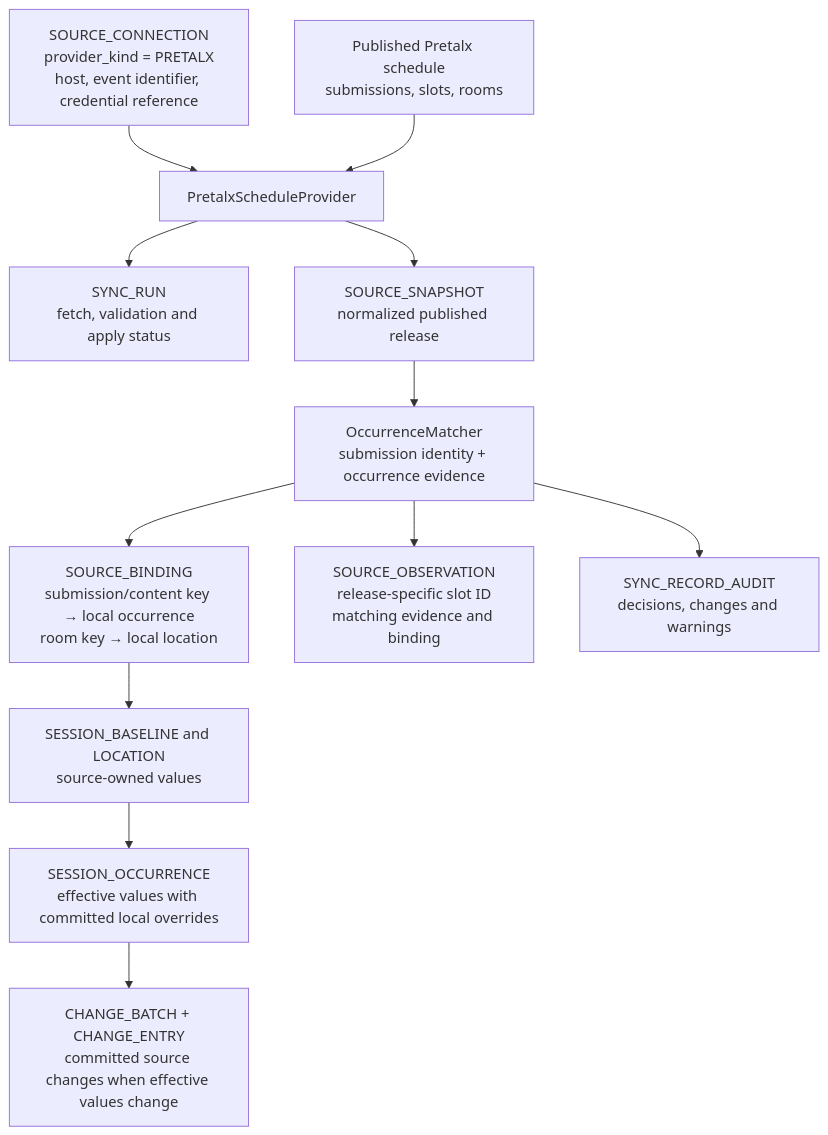
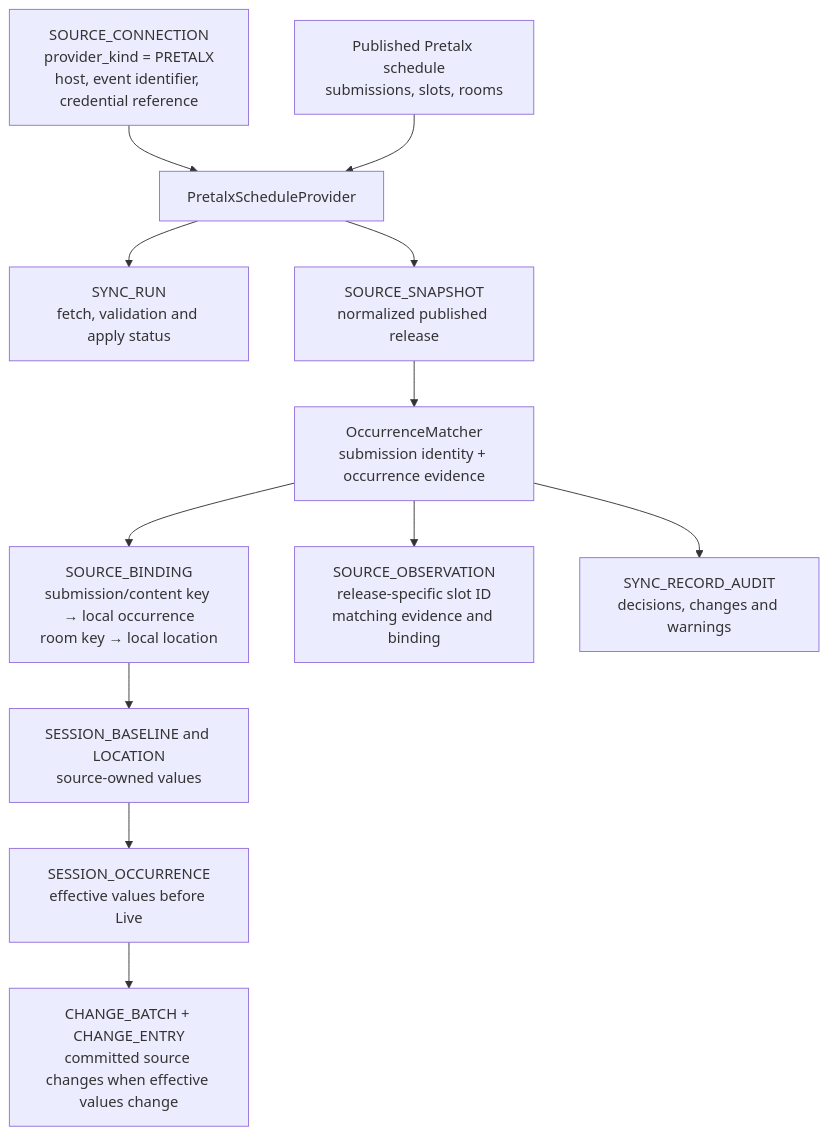
One commit to PatrickZdarsky/ConRunner changed the third of 6 diagrams in docs/schedulecontrol-phase1-architecture.md. Above: the diagram before and after it, drawn with Mermaid. The commit also changed other lines of this file and 6 other files, not shown here.

````diff
--- a/docs/schedulecontrol-phase1-architecture.md
+++ b/docs/schedulecontrol-phase1-architecture.md
@@ -164,14 +164,14 @@
 ```mermaid
 flowchart TD
     C["SOURCE_CONNECTION<br/>provider_kind = PRETALX<br/>host, event identifier, credential reference"] --> A["PretalxScheduleProvider"]
     P["Published Pretalx schedule<br/>submissions, slots, rooms"] --> A
     A --> R["SYNC_RUN<br/>fetch, validation and apply status"]
     A --> S["SOURCE_SNAPSHOT<br/>normalized published release"]
     S --> M["OccurrenceMatcher<br/>submission identity + occurrence evidence"]
     M --> B["SOURCE_BINDING<br/>submission/content key → local occurrence<br/>room key → local location"]
     M --> O["SOURCE_OBSERVATION<br/>release-specific slot ID<br/>matching evidence and binding"]
     M --> U["SYNC_RECORD_AUDIT<br/>decisions, changes and warnings"]
     B --> L["SESSION_BASELINE and LOCATION<br/>source-owned values"]
-    L --> E["SESSION_OCCURRENCE<br/>effective values with committed local overrides"]
+    L --> E["SESSION_OCCURRENCE<br/>effective values before Live"]
     E --> G["CHANGE_BATCH + CHANGE_ENTRY<br/>committed source changes when effective values change"]
 ```
````
